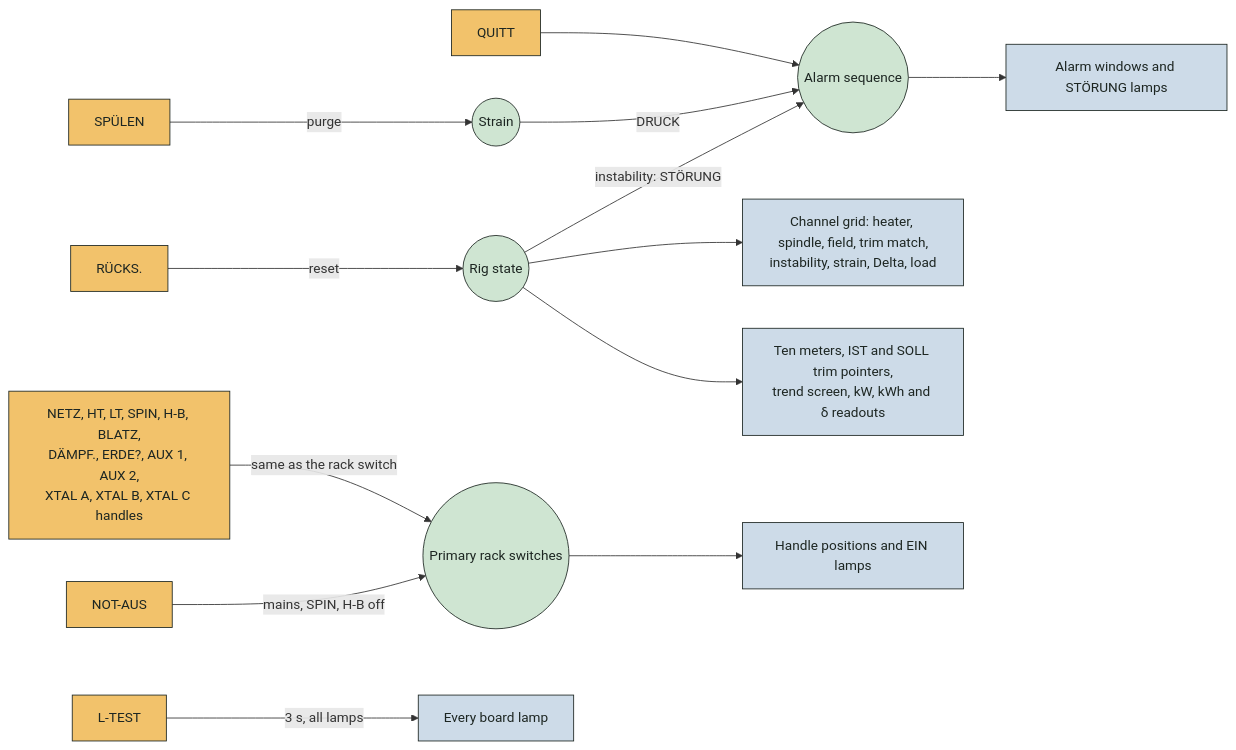
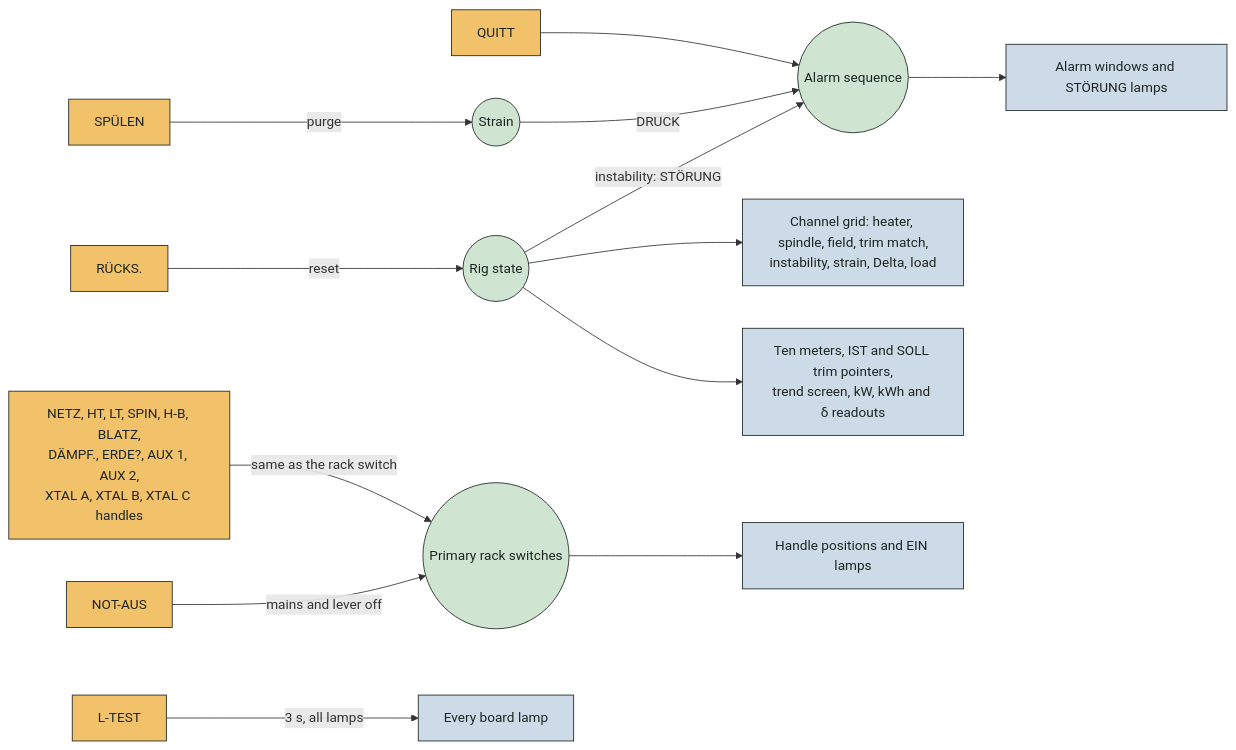
The fifth of 5 diagrams in doc/design/control-graph.md (trebizondoculpepper/vx3_simulator), drawn with Mermaid before and after one commit. The commit also changed other lines of this file and 10 other files, not shown here.

````diff
--- a/doc/design/control-graph.md
+++ b/doc/design/control-graph.md
@@ -140,19 +152,19 @@
 ```mermaid
 flowchart LR
 classDef input fill:#f2c26b,stroke:#1d2622,color:#1d2622
 classDef state fill:#cfe5d2,stroke:#1d2622,color:#1d2622
 classDef ind fill:#cddbe8,stroke:#1d2622,color:#1d2622
 H1["NETZ, HT, LT, SPIN, H-B, BLATZ,<br/>DÄMPF., ERDE?, AUX 1, AUX 2,<br/>XTAL A, XTAL B, XTAL C handles"]:::input -- "same as the rack switch" --> RACK(("Primary rack switches")):::state
-NA["NOT-AUS"]:::input -- "mains, SPIN, H-B off" --> RACK
+NA["NOT-AUS"]:::input -- "mains and lever off" --> RACK
 SP["SPÜLEN"]:::input -- "purge" --> STRAIN(("Strain")):::state
 RU["RÜCKS."]:::input -- "reset" --> RIG(("Rig state")):::state
 QU["QUITT"]:::input --> ALM(("Alarm sequence")):::state
 LT["L-TEST"]:::input -- "3 s, all lamps" --> LAMPS["Every board lamp"]:::ind
 STRAIN -- "DRUCK" --> ALM
 RIG -- "instability: STÖRUNG" --> ALM
 ALM --> WIN["Alarm windows and STÖRUNG lamps"]:::ind
 RIG --> GRID["Channel grid: heater, spindle, field, trim match,<br/>instability, strain, Delta, load"]:::ind
 RIG --> MET["Ten meters, IST and SOLL trim pointers,<br/>trend screen, kW, kWh and δ readouts"]:::ind
 RACK --> HP["Handle positions and EIN lamps"]:::ind
   
 ```
````
